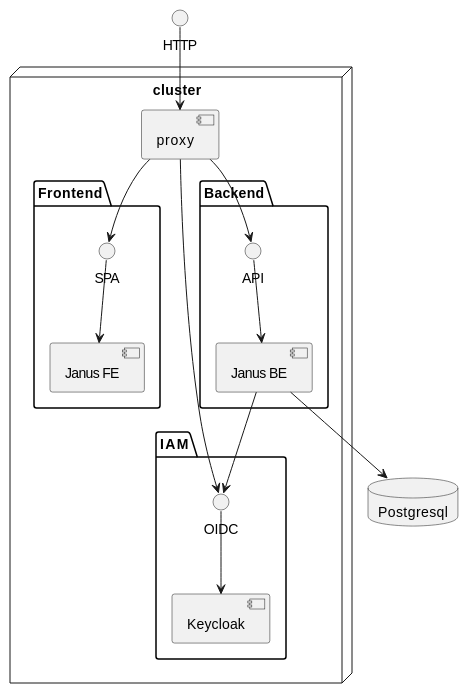
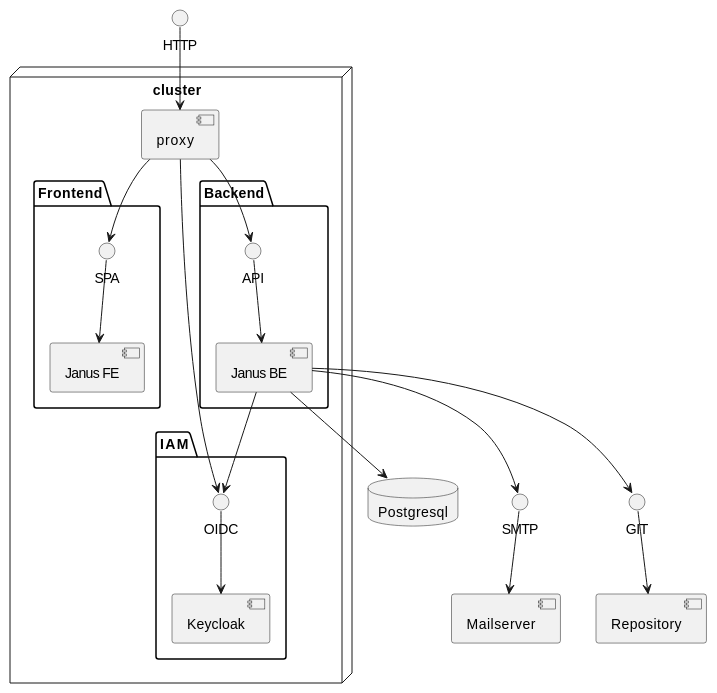
The diagram in documentation/architecture/overview.md (dnulnets/jjanus), drawn with PlantUML before and after one commit. The commit also changed 1 other file, not shown here.

Commit message:
Architecturework

````diff
--- a/documentation/architecture/overview.md
+++ b/documentation/architecture/overview.md
@@ -1,33 +1,38 @@
 ```plantuml
 @startuml
 
 node "cluster" {
 [proxy]
 
 package "Frontend" {
   SPA-->[Janus FE]
 }
 
 package "Backend" {
   API-->[Janus BE]
 }
 
 package "IAM" {
   OIDC-->[Keycloak]
 }
 
 }
 
 database "Postgresql" {
 
 }
 
+SMTP-->[Mailserver]
+GIT-->[Repository]
+
 [Janus BE] --> Postgresql
 [Janus BE] --> OIDC
+[Janus BE] --> SMTP
+[Janus BE] --> GIT
 [proxy] --> API
 [proxy] --> SPA
 [proxy] --> OIDC
 HTTP --> proxy
 
 @enduml
 ```
````
